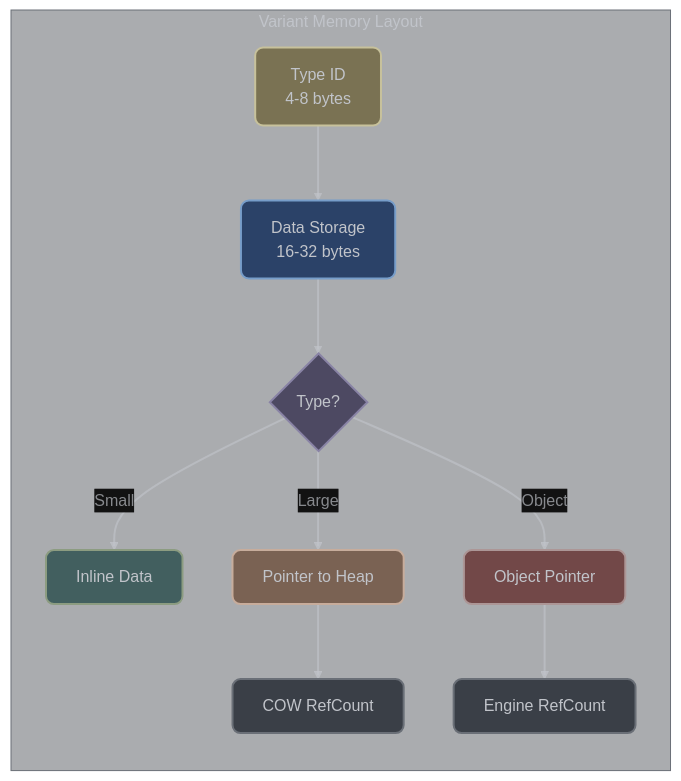
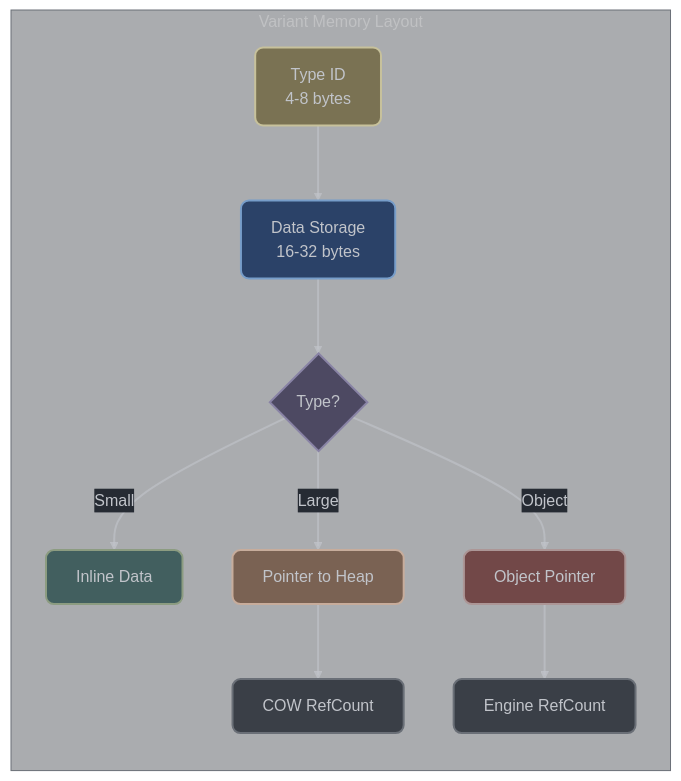
Before and after one commit to vorlac/gdextension-docs: the diagram in docs/type_system/variant-internals.md, drawn with Mermaid. The commit also changed 16 other files, not shown here.

````diff
--- a/docs/type_system/variant-internals.md
+++ b/docs/type_system/variant-internals.md
@@ -55,42 +55,61 @@
 ```mermaid
 ---
 config:
     theme: 'base'
     curve: 'straight'
     themeVariables:
         darkMode: true
         clusterBkg: '#22272f62'
         clusterBorder: '#6a6f77ff'
         clusterTextColor: '#6a6f77ff'
         lineColor: '#C1C4CAAA'
         background: '#262B33'
         primaryColor: '#2b4268ff'
         primaryTextColor: '#C1C4CAff'
         primaryBorderColor: '#6a6f77ff'
+        primaryLabelBkg: '#262B33'
+        secondaryColor: '#425f5fff'
+        secondaryBorderColor: '#8c9c81ff'
+        secondaryTextColor: '#C1C4CAff'
+        tertiaryColor: '#4d4962ff'
+        tertiaryBorderColor: '#8983a5ff'
+        tertiaryTextColor: '#eeeeee55'
         nodeTextColor: '#C1C4CA'
         defaultLinkColor: '#C1C4CA'
-        edgeLabelBackground: '#121212'
-        tertiaryTextColor: '#C1C4CA'
+        edgeLabelBackground: '#262B33'
+        edgeLabelBorderColor: '#C1C4CA'
+        labelTextColor: '#C1C4CA'
+        errorBkgColor: '#724848ff'
+        errorTextColor: '#C1C4CA'
+        flowchart:
+            curve: 'basis'
+            nodeSpacing: 50
+            rankSpacing: 50
+            subGraphTitleMargin:
+                top: 15
+                bottom: 15
+                left: 15
+                right: 15
 ---
 graph LR
     subgraph LAYOUT["Variant Memory Layout"]
         A[Type ID<br/>4-8 bytes] --> B[Data Storage<br/>16-32 bytes]
         B --> C{Type?}
         C -->|Small| D[Inline Data]
         C -->|Large| E[Pointer to Heap]
         C -->|Object| F[Object Pointer]
         E --> G[COW RefCount]
         F --> H[Engine RefCount]
     end
 
-    linkStyle default stroke:#C1C4CAaa,stroke-width:2px,color:#C1C4CAaa
+    linkStyle default stroke:#C1C4CAaa,stroke-width:2px,color:#C1C4CA
 
     style A fill:#7a7253ff,stroke:#c7c19bff,stroke-width:2px,color:#C1C4CA,rx:8,ry:8
     style B fill:#2b4268ff,stroke:#779DC9ff,stroke-width:2px,color:#C1C4CA,rx:8,ry:8
     style C fill:#4d4962ff,stroke:#8983a5ff,stroke-width:2px,color:#C1C4CA,rx:8,ry:8
     style D fill:#425f5fff,stroke:#8c9c81ff,stroke-width:2px,color:#C1C4CA,rx:8,ry:8
     style E fill:#7a6253ff,stroke:#c7ac9bff,stroke-width:2px,color:#C1C4CA,rx:8,ry:8
     style F fill:#724848ff,stroke:#ac9696ff,stroke-width:2px,color:#C1C4CA,rx:8,ry:8
     style G fill:#3a3f47ff,stroke:#6a6f77ff,stroke-width:2px,color:#C1C4CA,rx:8,ry:8
     style H fill:#3a3f47ff,stroke:#6a6f77ff,stroke-width:2px,color:#C1C4CA,rx:8,ry:8
 ```
````
